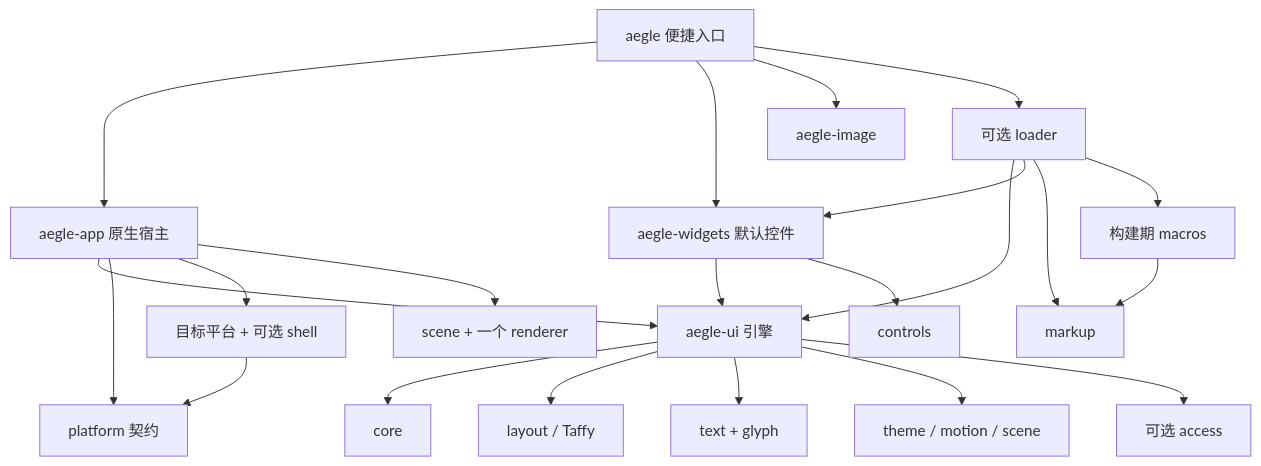
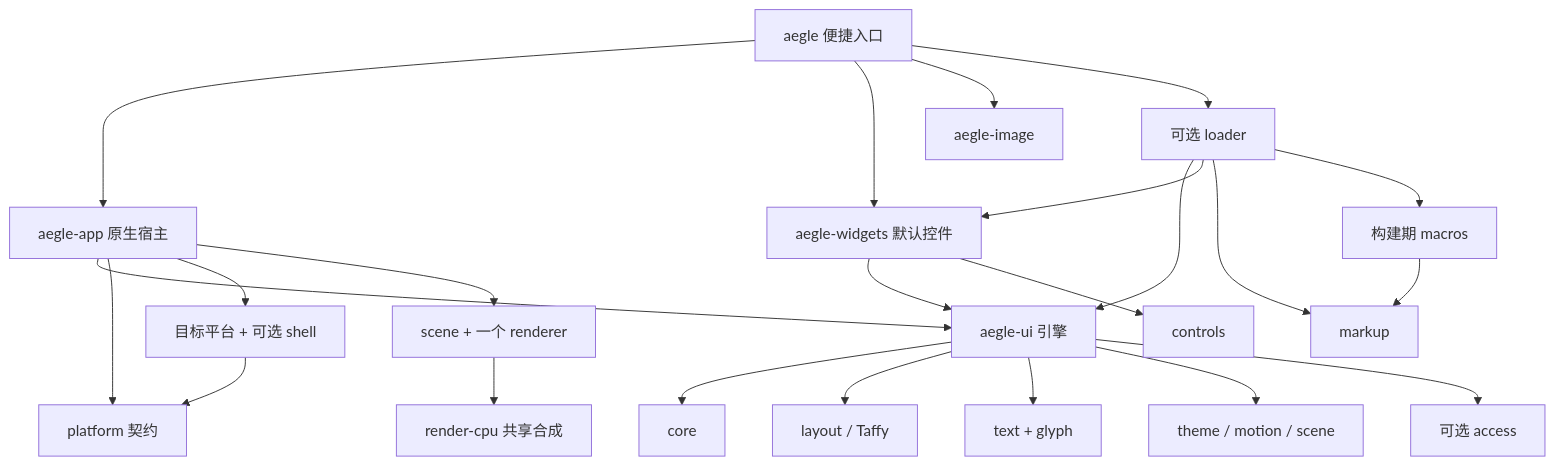
One commit to antinomie1/aegle changed the diagram in docs/modules.md. Above: the diagram before and after it, drawn with Mermaid. The commit also changed other lines of this file and 44 other files, not shown here.

````diff
--- a/docs/modules.md
+++ b/docs/modules.md
@@ -96,24 +100,25 @@
 ```mermaid
 flowchart TD
   Facade[aegle 便捷入口] --> App[aegle-app 原生宿主]
   Facade --> Widgets[aegle-widgets 默认控件]
   Facade --> Image[aegle-image]
   App --> Ui[aegle-ui 引擎]
   App --> Contract[platform 契约]
   Platform[目标平台 + 可选 shell] --> Contract
   App --> Platform
   App --> Render[scene + 一个 renderer]
   Widgets --> Ui
   Widgets --> Controls[controls]
   Ui --> Core[core]
   Ui --> Layout[layout / Taffy]
   Ui --> Text[text + glyph]
   Ui --> Visual[theme / motion / scene]
+  Render --> Cpu[render-cpu 共享合成]
   Ui --> Access[可选 access]
   Facade --> Loader
   Loader[可选 loader] --> Ui
   Loader --> Widgets
   Loader --> Markup[markup]
   Loader --> Macros
   Macros[构建期 macros] --> Markup
 ```
````
